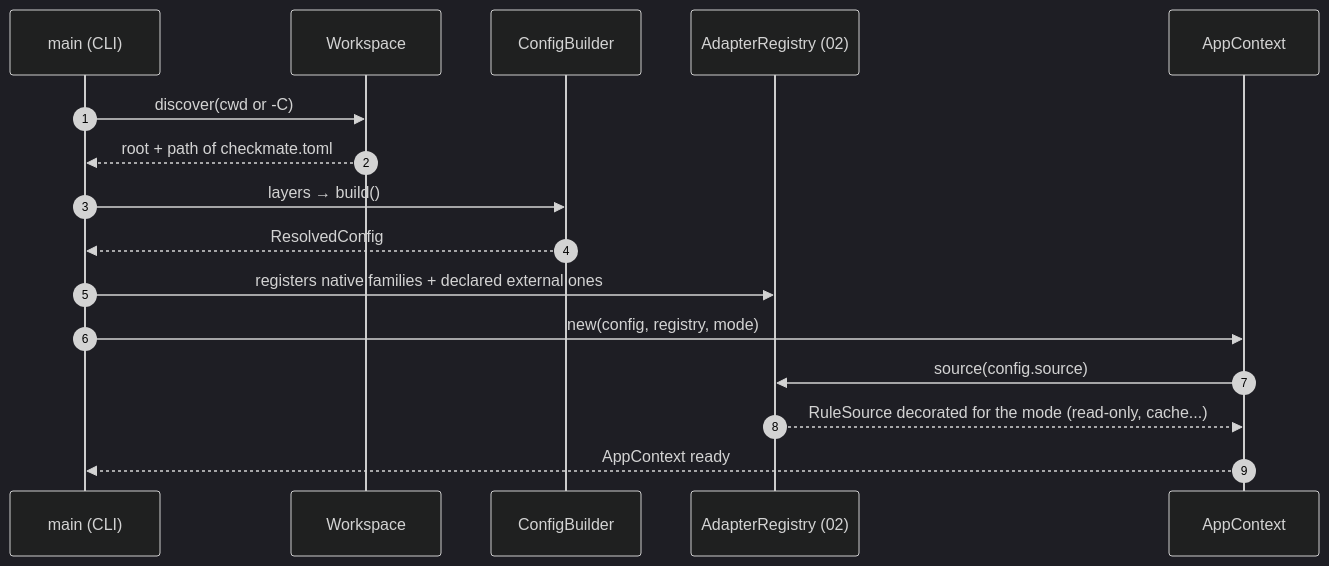
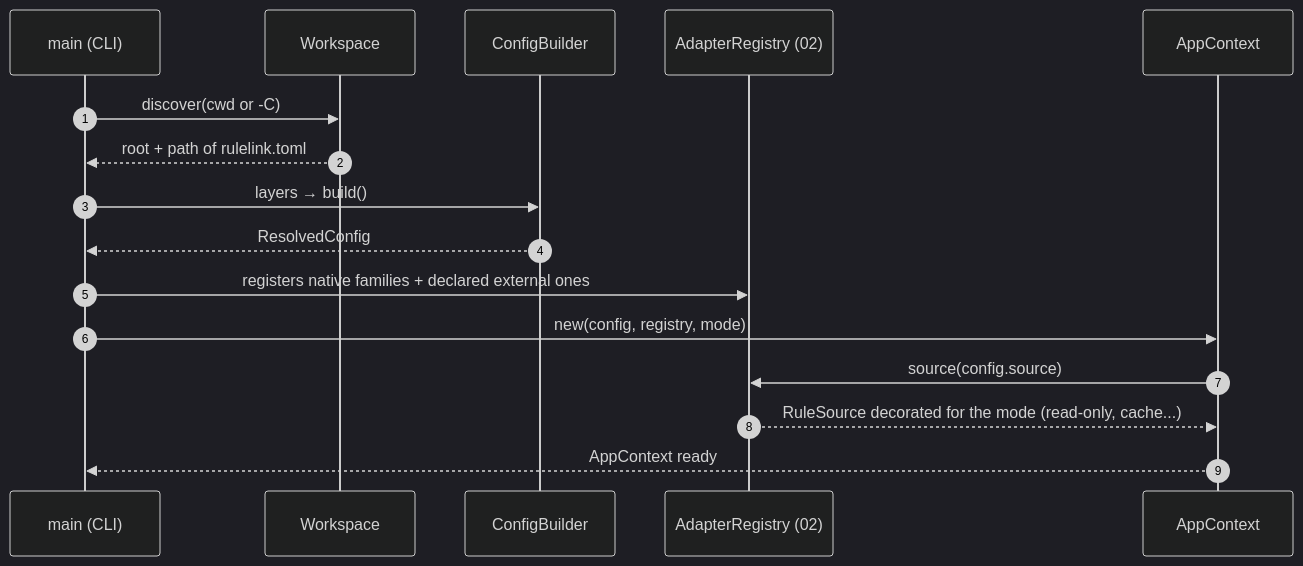
Before and after one commit to E-Jacques/Rulelink: the third of 6 diagrams in docs/architecture/09-project-configuration.md, drawn with Mermaid (dark theme). The commit also changed other lines of this file and 126 other files, not shown here.

First line of the commit message:
chore: rename the project from Checkmate to Rulelink (#6)

````diff
--- a/docs/architecture/09-project-configuration.md
+++ b/docs/architecture/09-project-configuration.md
@@ -147,19 +147,19 @@
 ```mermaid
 sequenceDiagram
     autonumber
     participant MAIN as main (CLI)
     participant WS as Workspace
     participant CB as ConfigBuilder
     participant AR as AdapterRegistry (02)
     participant CTX as AppContext
 
     MAIN->>WS: discover(cwd or -C)
-    WS-->>MAIN: root + path of checkmate.toml
+    WS-->>MAIN: root + path of rulelink.toml
     MAIN->>CB: layers → build()
     CB-->>MAIN: ResolvedConfig
     MAIN->>AR: registers native families + declared external ones
     MAIN->>CTX: new(config, registry, mode)
     CTX->>AR: source(config.source)
     AR-->>CTX: RuleSource decorated for the mode (read-only, cache...)
     CTX-->>MAIN: AppContext ready
 ```
````
